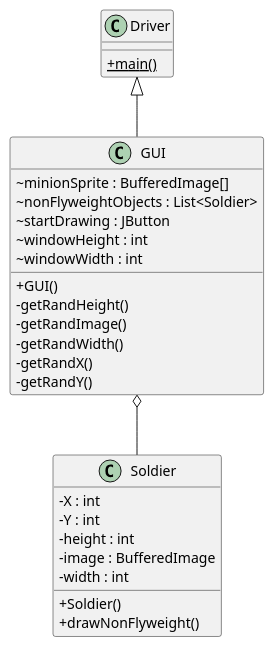
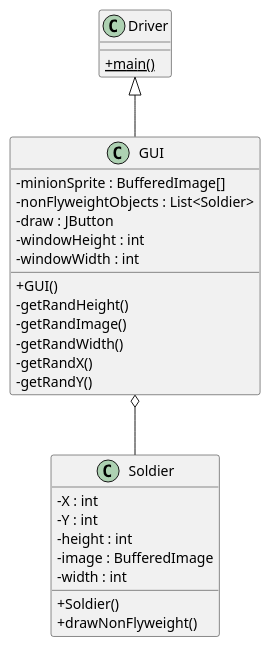
The diagram in src/src.plantuml (Mahoney0101/FlyweightPatternExample1), drawn with PlantUML before and after one commit. The commit also changed 5 other files, not shown here.

Commit message:
Added plantuml jpg

```diff
--- a/src/src.plantuml
+++ b/src/src.plantuml
@@ -1,35 +1,35 @@
 @startuml
 
 skinparam  classAttributeIconSize 0
 
     class Driver {
         {static} + main()
     }
 
     class GUI {
-        ~ minionSprite : BufferedImage[]
-        ~ nonFlyweightObjects : List<Soldier>
-        ~ startDrawing : JButton
-        ~ windowHeight : int
-        ~ windowWidth : int
+        - minionSprite : BufferedImage[]
+        - nonFlyweightObjects : List<Soldier>
+        - draw : JButton
+        - windowHeight : int
+        - windowWidth : int
         + GUI()
         - getRandHeight()
         - getRandImage()
         - getRandWidth()
         - getRandX()
         - getRandY()
     }
 
     class Soldier {
         - X : int
         - Y : int
         - height : int
         - image : BufferedImage
         - width : int
         + Soldier()
         + drawNonFlyweight()
     }
 
   GUI -up-|> Driver
   GUI o-- Soldier
 @enduml
```
